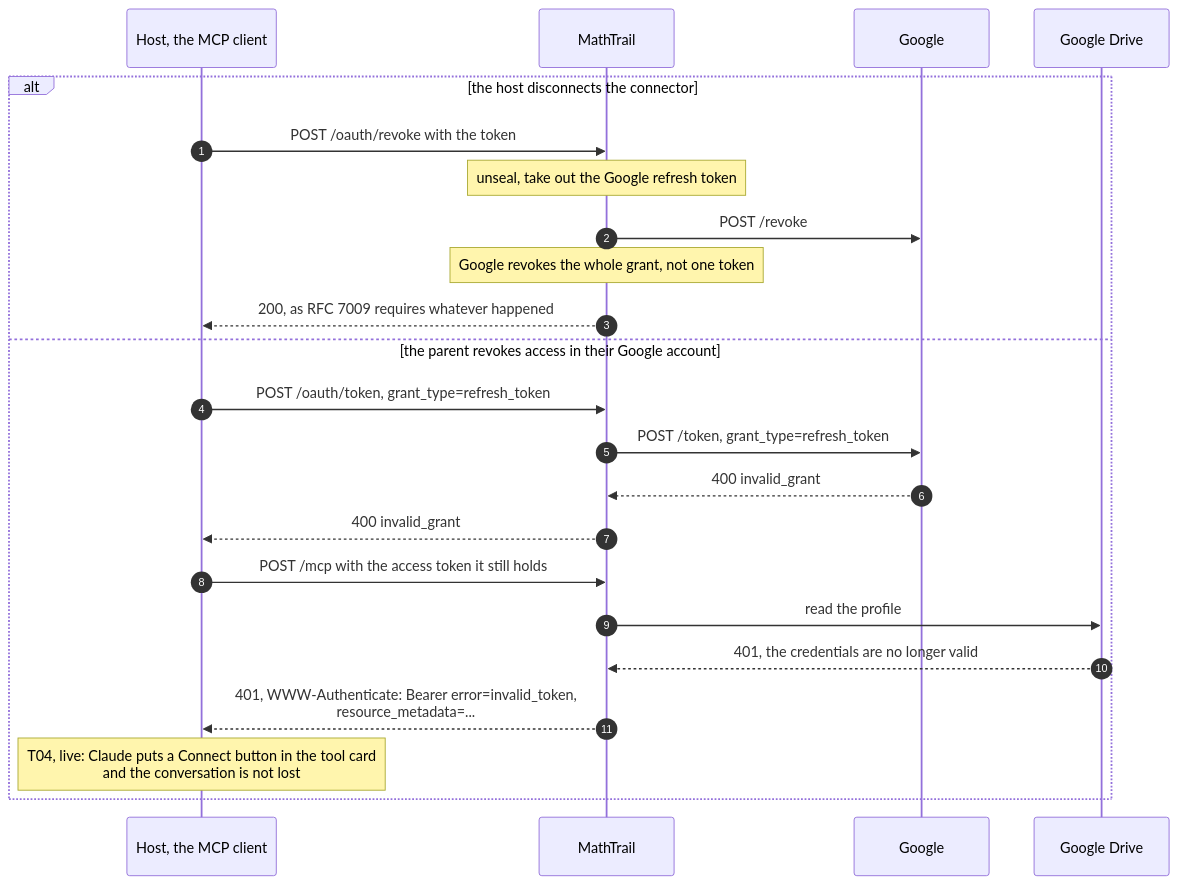
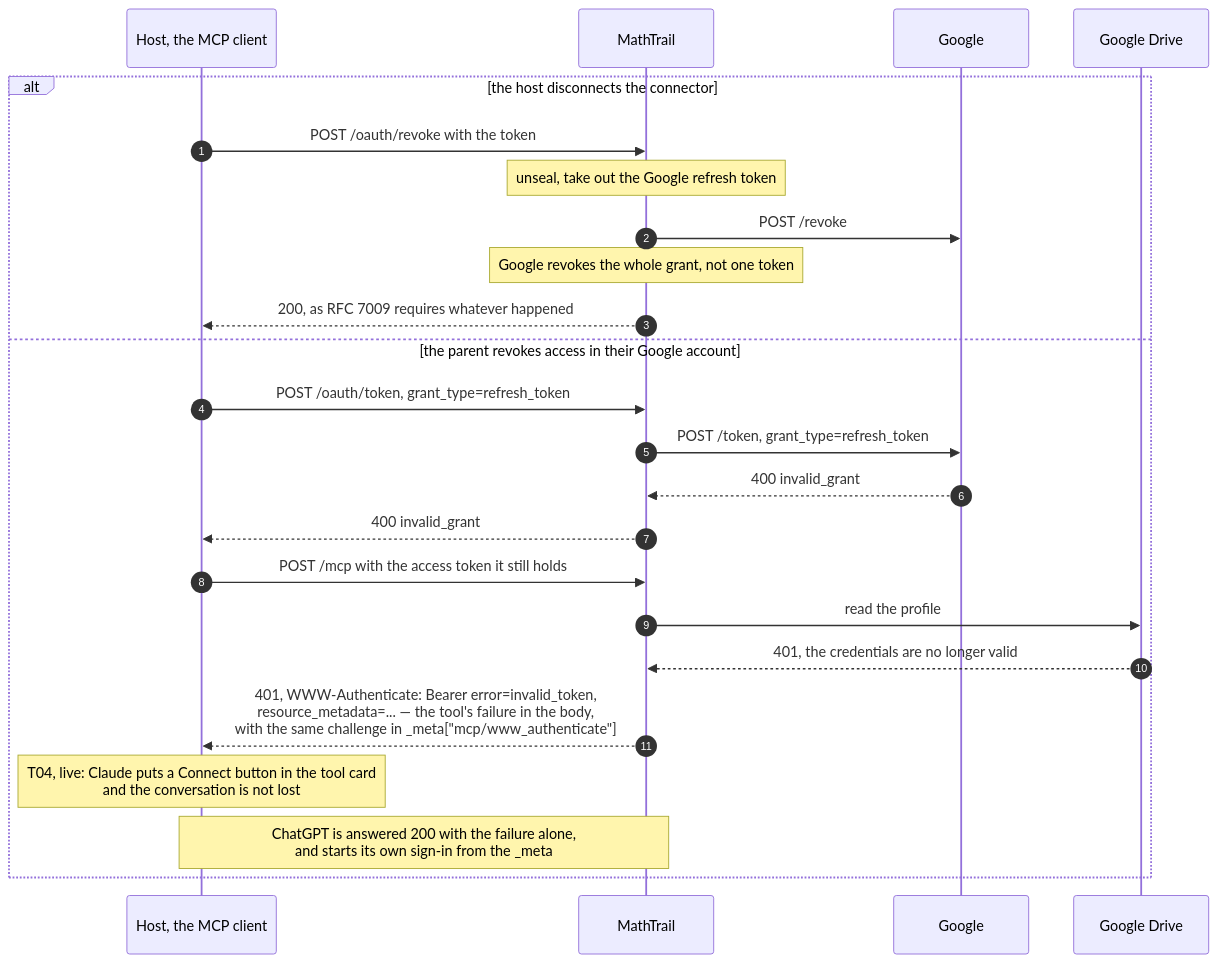
One commit to MathTrail/mathtrail-standalone changed the fourth of 4 diagrams in docs/architecture/02-auth.md. Above: the diagram before and after it, drawn with Mermaid. The commit also changed other lines of this file and 62 other files, not shown here.

Commit message:
Drive storage: conflicts and failures (T51): retries, recovery, bin, start over, sign-in challenge (#53)

````diff
--- a/docs/architecture/02-auth.md
+++ b/docs/architecture/02-auth.md
@@ -177,26 +177,27 @@
 ```mermaid
 sequenceDiagram
     autonumber
     participant H as Host, the MCP client
     participant MT as MathTrail
     participant G as Google
     participant D as Google Drive
 
     alt the host disconnects the connector
         H->>MT: POST /oauth/revoke with the token
         Note over MT: unseal, take out the Google refresh token
         MT->>G: POST /revoke
         Note over MT: Google revokes the whole grant, not one token
         MT-->>H: 200, as RFC 7009 requires whatever happened
     else the parent revokes access in their Google account
         H->>MT: POST /oauth/token, grant_type=refresh_token
         MT->>G: POST /token, grant_type=refresh_token
         G-->>MT: 400 invalid_grant
         MT-->>H: 400 invalid_grant
         H->>MT: POST /mcp with the access token it still holds
         MT->>D: read the profile
         D-->>MT: 401, the credentials are no longer valid
-        MT-->>H: 401, WWW-Authenticate: Bearer error=invalid_token,<br/>resource_metadata=...
+        MT-->>H: 401, WWW-Authenticate: Bearer error=invalid_token,<br/>resource_metadata=... — the tool's failure in the body,<br/>with the same challenge in _meta["mcp/www_authenticate"]
         Note over H: T04, live: Claude puts a Connect button in the tool card<br/>and the conversation is not lost
+        Note over H,MT: ChatGPT is answered 200 with the failure alone,<br/>and starts its own sign-in from the _meta
     end
 ```
````
